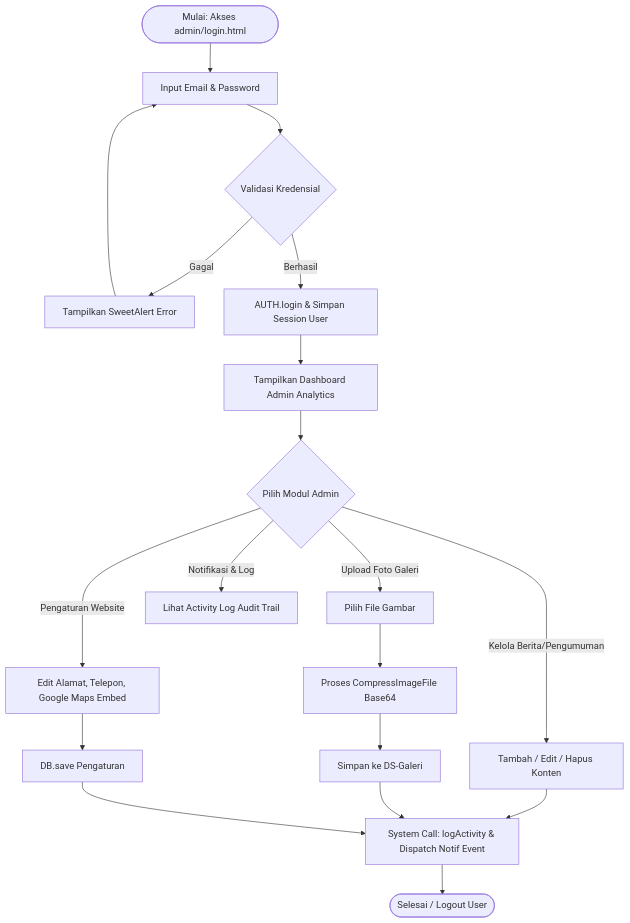
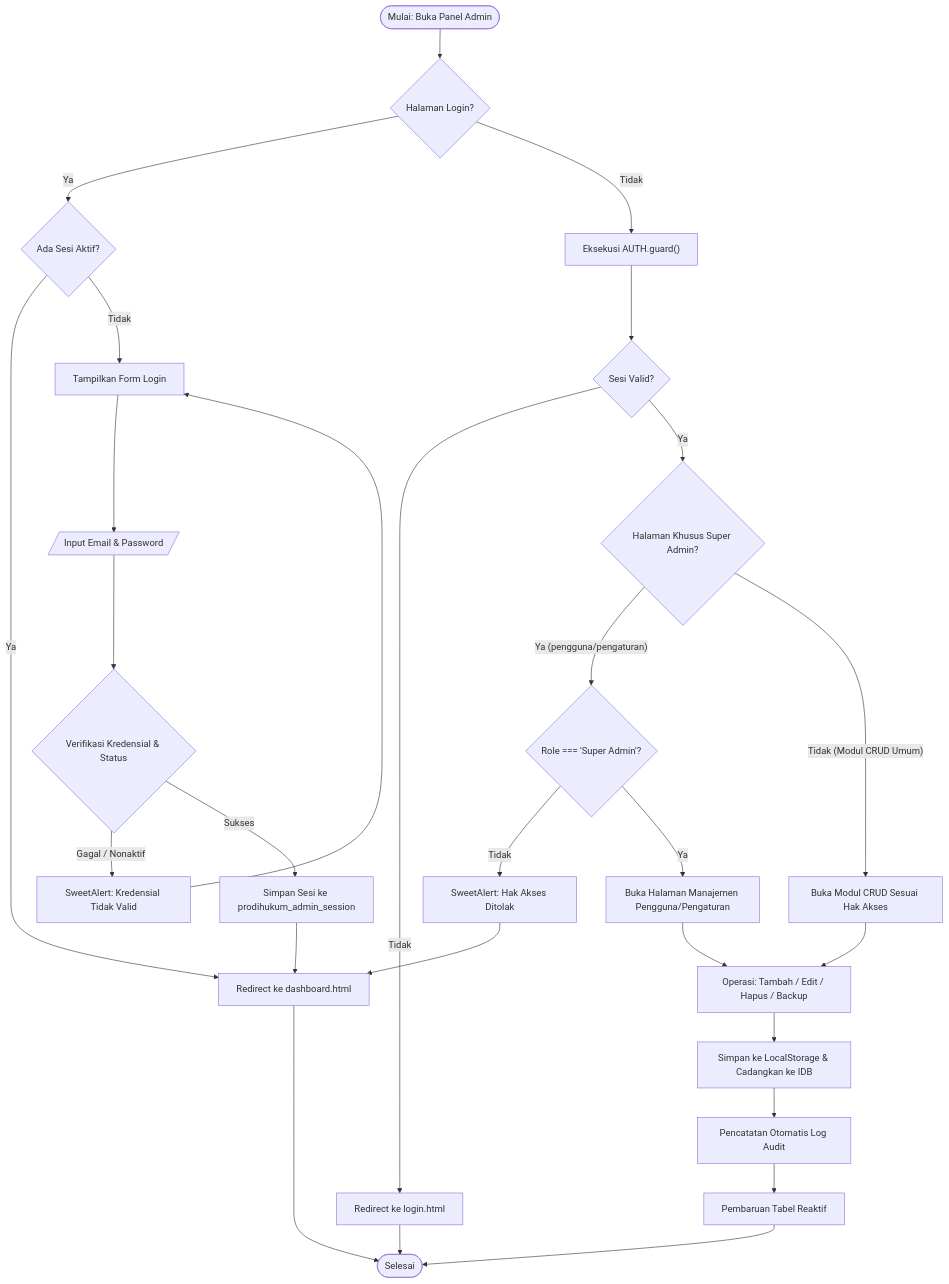
Before and after one commit to ipo-rk/Perancangan-Dan-Pengembangan-website-profil-UMP-: the fifth of 5 diagrams in README.md, drawn with Mermaid. The commit also changed other lines of this file and 40 other files, not shown here.

Commit message:
Perubahan dan penambahan Diagram Xml dan Mermaid.md

````diff
--- a/README.md
+++ b/README.md
@@ -440,27 +575,36 @@
 ```mermaid
 flowchart TD
-    StartAdmin([Mulai: Akses admin/login.html]) --> InputCred[Input Email & Password]
-    InputCred --> CheckCred{Validasi Kredensial}
+    A_Start([Mulai: Buka Panel Admin]) --> A_CheckLogin{Halaman Login?}
 
-    CheckCred -->|Gagal| ErrMsg[Tampilkan SweetAlert Error] --> InputCred
-    CheckCred -->|Berhasil| SetSession[AUTH.login & Simpan Session User]
+    A_CheckLogin -- Ya --> A_HasSession{Ada Sesi Aktif?}
+    A_HasSession -- Ya --> A_DirectDash[Redirect ke dashboard.html]
+    A_HasSession -- Tidak --> A_ShowForm[Tampilkan Form Login]
+    A_ShowForm --> A_SubmitCreds[/Input Email & Password/]
+    A_SubmitCreds --> A_VerifyAcc{Verifikasi Kredensial & Status}
+    A_VerifyAcc -- Gagal / Nonaktif --> A_AlertFail[SweetAlert: Kredensial Tidak Valid]
+    A_AlertFail --> A_ShowForm
+    A_VerifyAcc -- Sukses --> A_CreateSession[Simpan Sesi ke prodihukum_admin_session]
+    A_CreateSession --> A_DirectDash
 
-    SetSession --> Dashboard[Tampilkan Dashboard Admin Analytics]
-    Dashboard --> AdminAction{Pilih Modul Admin}
+    A_CheckLogin -- Tidak --> A_RunGuard["Eksekusi AUTH.guard()"]
+    A_RunGuard --> A_CheckAuth{Sesi Valid?}
+    A_CheckAuth -- Tidak --> A_RedirectLogin[Redirect ke login.html]
+    A_CheckAuth -- Ya --> A_CheckRole{Halaman Khusus Super Admin?}
 
-    AdminAction -->|Kelola Berita/Pengumuman| CRUDContent[Tambah / Edit / Hapus Konten]
-    AdminAction -->|Upload Foto Galeri| UploadImg[Pilih File Gambar]
-    UploadImg --> CompressImg[Proses CompressImageFile Base64]
-    CompressImg --> SaveGaleri[Simpan ke DS-Galeri]
+    A_CheckRole -- Ya (pengguna/pengaturan) --> A_IsSuper{Role === 'Super Admin'?}
+    A_IsSuper -- Tidak --> A_DenyAlert[SweetAlert: Hak Akses Ditolak]
+    A_DenyAlert --> A_DirectDash
+    A_IsSuper -- Ya --> A_AllowSuper[Buka Halaman Manajemen Pengguna/Pengaturan]
 
-    AdminAction -->|Pengaturan Website| Settings[Edit Alamat, Telepon, Google Maps Embed]
-    Settings --> SaveSettings[DB.save Pengaturan]
+    A_CheckRole -- Tidak (Modul CRUD Umum) --> A_AllowGeneral[Buka Modul CRUD Sesuai Hak Akses]
 
-    AdminAction -->|Notifikasi & Log| CheckLog[Lihat Activity Log Audit Trail]
+    A_AllowSuper --> A_ExecCRUD[Operasi: Tambah / Edit / Hapus / Backup]
+    A_AllowGeneral --> A_ExecCRUD
+    A_ExecCRUD --> A_SaveData[Simpan ke LocalStorage & Cadangkan ke IDB]
+    A_SaveData --> A_WriteLog[Pencatatan Otomatis Log Audit]
+    A_WriteLog --> A_RefreshTable[Pembaruan Tabel Reaktif]
 
-    CRUDContent --> WriteLog[System Call: logActivity & Dispatch Notif Event]
-    SaveGaleri --> WriteLog
-    SaveSettings --> WriteLog
-
-    WriteLog --> FinishAdmin([Selesai / Logout User])
+    A_DirectDash --> A_End([Selesai])
+    A_RedirectLogin --> A_End
+    A_RefreshTable --> A_End
 ```
````
